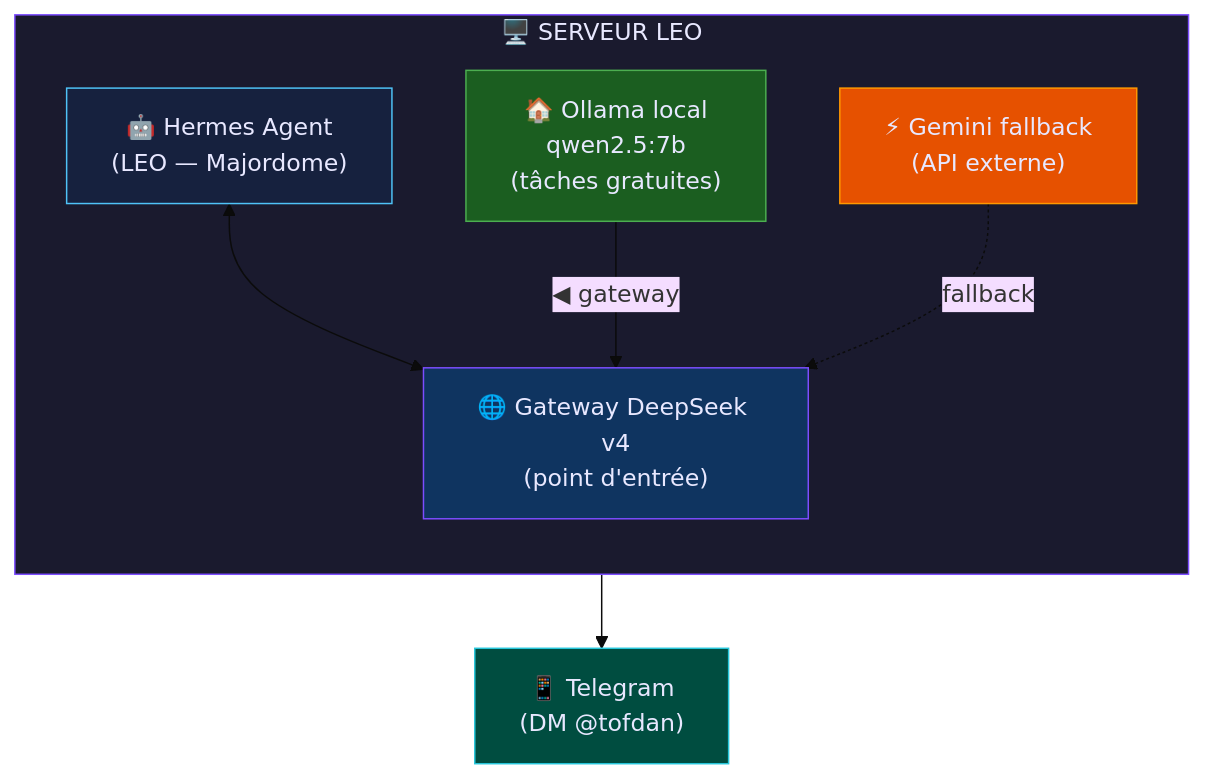
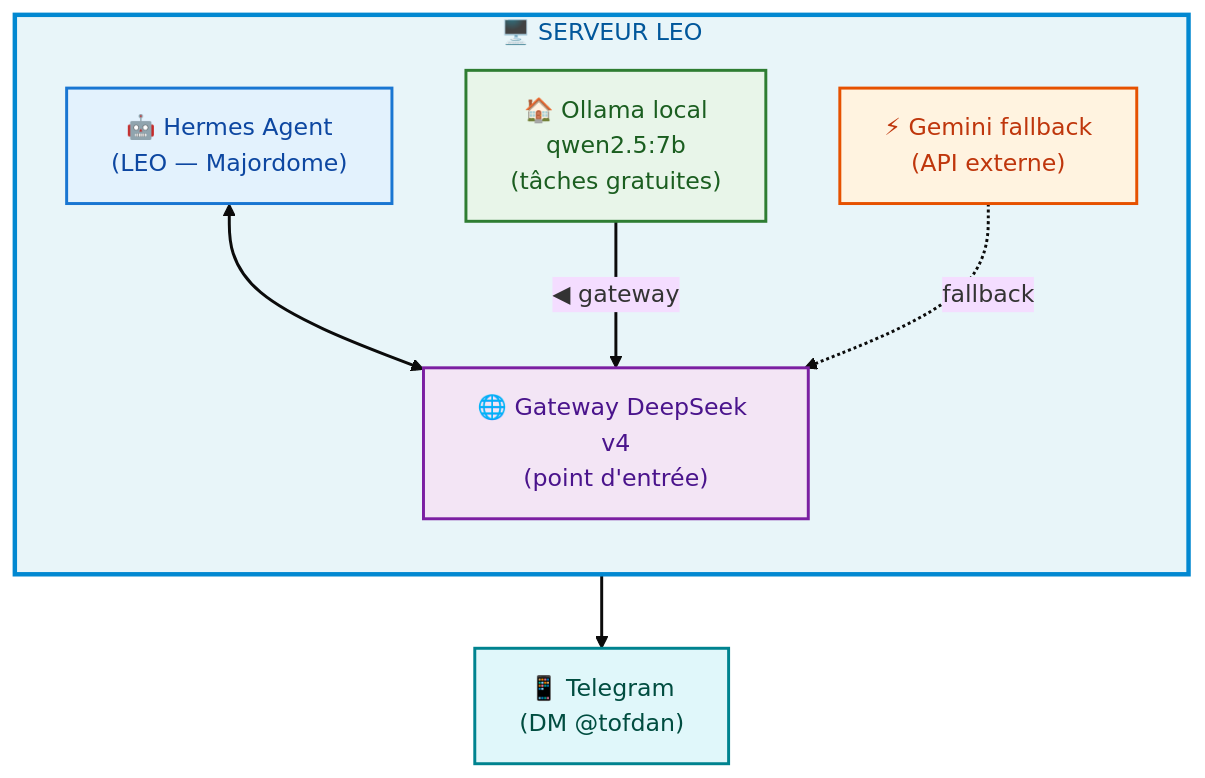
One commit to christophedanhier-hash/hermes-wiki changed the first of 3 diagrams in docs/hermes/architecture-communication.md. Above: the diagram before and after it, drawn with Mermaid (base theme). The commit also changed other lines of this file, not shown here.

Commit message:
mermaid: couleurs claires, bordures epaisses (2-3px), lignes visibles

````diff
--- a/docs/hermes/architecture-communication.md
+++ b/docs/hermes/architecture-communication.md
@@ -7,23 +7,24 @@
 ``` mermaid
 flowchart TD
     subgraph SERVEUR["🖥️ SERVEUR LEO"]
         direction TB
         Hermes["🤖 Hermes Agent<br/>(LEO — Majordome)"]
         Gateway["🌐 Gateway DeepSeek v4<br/>(point d'entrée)"]
         Ollama["🏠 Ollama local<br/>qwen2.5:7b<br/>(tâches gratuites)"]
         Gemini["⚡ Gemini fallback<br/>(API externe)"]
         
         Hermes <--> Gateway
         Ollama -->|◀ gateway| Gateway
         Gemini -.->|fallback| Gateway
     end
     
     Gateway --> Telegram["📱 Telegram<br/>(DM @tofdan)"]
     
-    style SERVEUR fill:#1a1a2e,stroke:#7c4dff,color:#e8e8ff
-    style Hermes fill:#16213e,stroke:#4fc3f7,color:#e8e8ff
-    style Gateway fill:#0f3460,stroke:#7c4dff,color:#e8e8ff
-    style Ollama fill:#1b5e20,stroke:#4caf50,color:#e8e8ff
-    style Gemini fill:#e65100,stroke:#ff9800,color:#e8e8ff
-    style Telegram fill:#004d40,stroke:#26c6da,color:#e8e8ff
+    style SERVEUR fill:#e8f5f9,stroke:#0288d1,stroke-width:3px,color:#01579b
+    style Hermes fill:#e3f2fd,stroke:#1976d2,stroke-width:2px,color:#0d47a1
+    style Gateway fill:#f3e5f5,stroke:#7b1fa2,stroke-width:2px,color:#4a148c
+    style Ollama fill:#e8f5e9,stroke:#2e7d32,stroke-width:2px,color:#1b5e20
+    style Gemini fill:#fff3e0,stroke:#e65100,stroke-width:2px,color:#bf360c
+    style Telegram fill:#e0f7fa,stroke:#00838f,stroke-width:2px,color:#004d40
+    linkStyle default stroke-width:2px,fill:none
 ```
````
